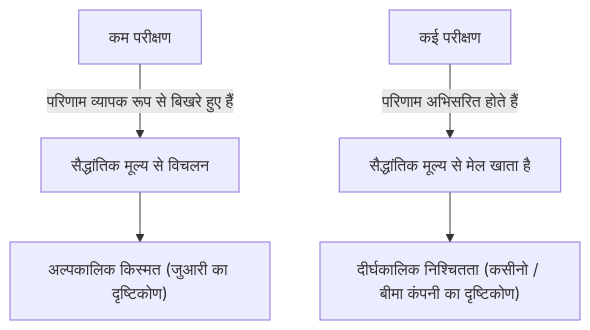
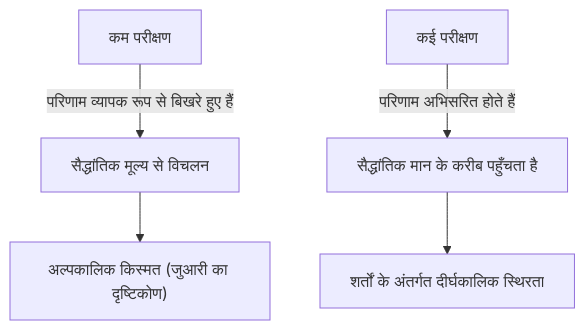
The first of 2 diagrams in content/post/law-of-large-numbers/index.hi.md (kenjinote/blog), drawn with Mermaid before and after one commit. The commit also changed other lines of this file and 7 other files, not shown here.

````diff
--- a/content/post/law-of-large-numbers/index.hi.md
+++ b/content/post/law-of-large-numbers/index.hi.md
@@ -30,7 +30,7 @@
 ```mermaid
 graph TD
     A["कम परीक्षण"] -->|"परिणाम व्यापक रूप से बिखरे हुए हैं"| B["सैद्धांतिक मूल्य से विचलन"]
-    C["कई परीक्षण"] -->|"परिणाम अभिसरित होते हैं"| D["सैद्धांतिक मूल्य से मेल खाता है"]
+    C["कई परीक्षण"] -->|"परिणाम अभिसरित होते हैं"| D["सैद्धांतिक मान के करीब पहुँचता है"]
     B --> E["अल्पकालिक किस्मत (जुआरी का दृष्टिकोण)"]
-    D --> F["दीर्घकालिक निश्चितता (कसीनो / बीमा कंपनी का दृष्टिकोण)"]
+    D --> F["शर्तों के अंतर्गत दीर्घकालिक स्थिरता"]
 ```
````
